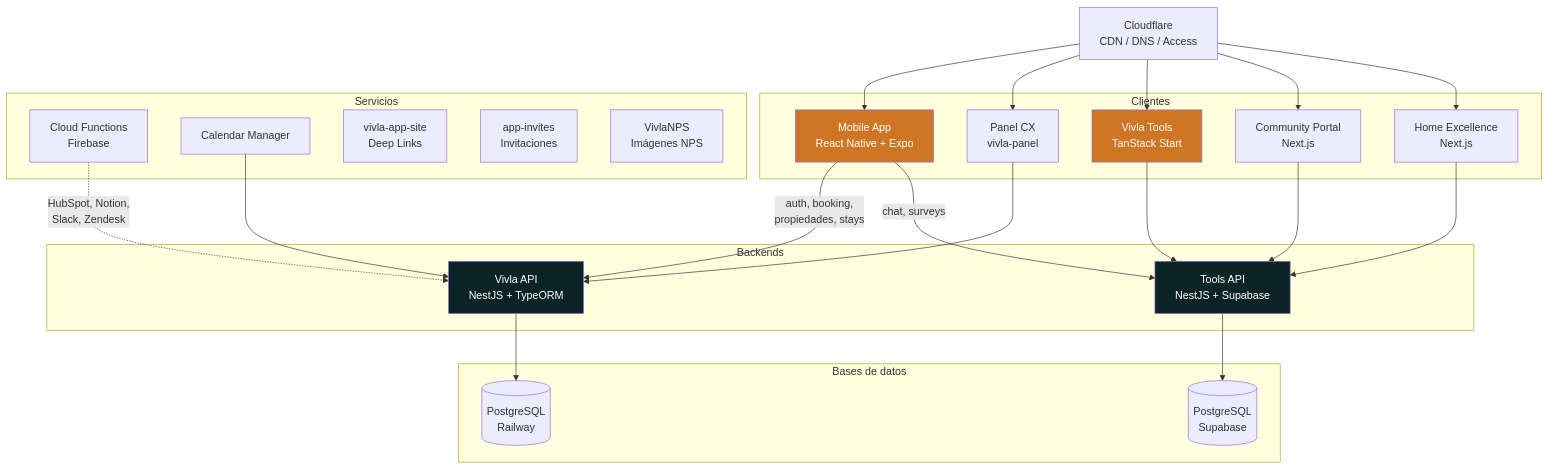
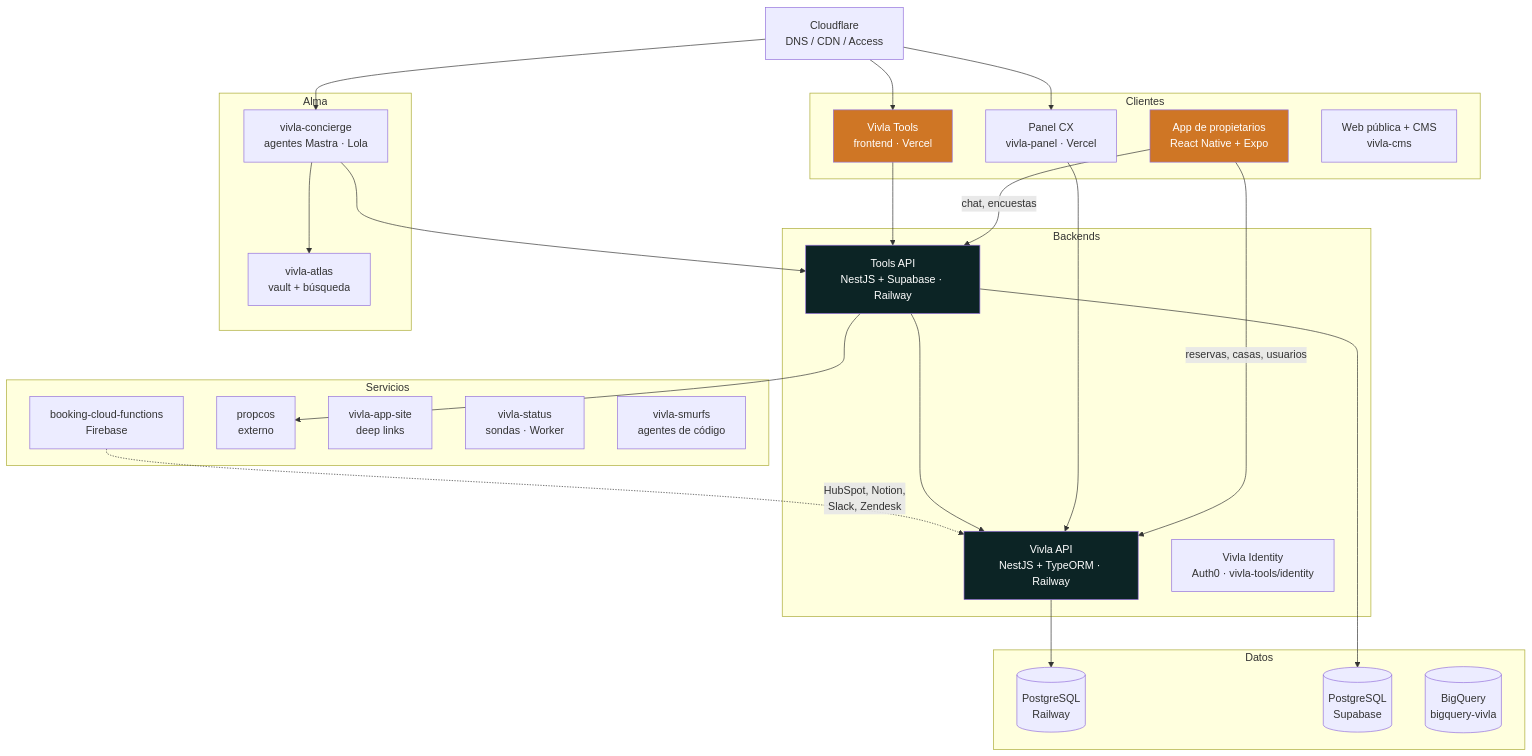
One commit to vivla-tech/docs changed the diagram in architecture.mdx. Above: the diagram before and after it, drawn with Mermaid. The commit also changed other lines of this file and 3 other files, not shown here.

First line of the commit message:
Overview: make architecture, repositories and environments true today; schedule the aggregate

````diff
--- a/architecture.mdx
+++ b/architecture.mdx
@@ -10,54 +10,58 @@
 ```mermaid
 graph TD
-    CF[Cloudflare<br/>CDN / DNS / Access]
+    CF[Cloudflare<br/>DNS / CDN / Access]
 
     subgraph Clientes
-        MOBILE[Mobile App<br/>React Native + Expo]
-        PANEL[Panel CX<br/>vivla-panel]
-        TOOLS_FE[Vivla Tools<br/>TanStack Start]
-        COMMUNITY[Community Portal<br/>Next.js]
-        HOME_EX[Home Excellence<br/>Next.js]
+        MOBILE[App de propietarios<br/>React Native + Expo]
+        PANEL[Panel CX<br/>vivla-panel · Vercel]
+        TOOLS_FE[Vivla Tools<br/>frontend · Vercel]
+        WEB[Web pública + CMS<br/>vivla-cms]
     end
 
     subgraph Backends
-        API[Vivla API<br/>NestJS + TypeORM]
-        TOOLS_BE[Tools API<br/>NestJS + Supabase]
+        API[Vivla API<br/>NestJS + TypeORM · Railway]
+        TOOLS_BE[Tools API<br/>NestJS + Supabase · Railway]
+        IDENTITY[Vivla Identity<br/>Auth0 · vivla-tools/identity]
     end
 
-    subgraph Bases de datos
-        DB_API[(PostgreSQL<br/>Railway)]
-        DB_TOOLS[(PostgreSQL<br/>Supabase)]
+    subgraph Alma
+        CONCIERGE[vivla-concierge<br/>agentes Mastra · Lola]
+        ATLAS[vivla-atlas<br/>vault + búsqueda]
     end
 
     subgraph Servicios
-        CLOUD_FN[Cloud Functions<br/>Firebase]
-        CALENDAR[Calendar Manager]
-        APP_SITE[vivla-app-site<br/>Deep Links]
-        INVITES[app-invites<br/>Invitaciones]
-        NPS[VivlaNPS<br/>Imágenes NPS]
+        CLOUD_FN[booking-cloud-functions<br/>Firebase]
+        PROPCOS[propcos<br/>externo]
+        APP_SITE[vivla-app-site<br/>deep links]
+        STATUS[vivla-status<br/>sondas · Worker]
+        SMURFS[vivla-smurfs<br/>agentes de código]
     end
 
-    CF --> MOBILE
+    subgraph Datos
+        DB_API[(PostgreSQL<br/>Railway)]
+        DB_TOOLS[(PostgreSQL<br/>Supabase)]
+        BQ[(BigQuery<br/>bigquery-vivla)]
+    end
+
     CF --> PANEL
     CF --> TOOLS_FE
-    CF --> COMMUNITY
-    CF --> HOME_EX
+    CF --> CONCIERGE
 
-    MOBILE -->|auth, booking,<br/>propiedades, stays| API
-    MOBILE -->|chat, surveys| TOOLS_BE
+    MOBILE -->|reservas, casas, usuarios| API
+    MOBILE -->|chat, encuestas| TOOLS_BE
     PANEL --> API
     TOOLS_FE --> TOOLS_BE
-    COMMUNITY --> TOOLS_BE
-    HOME_EX --> TOOLS_BE
-    CALENDAR --> API
+    TOOLS_BE --> API
+    TOOLS_BE --> PROPCOS
+    CONCIERGE --> TOOLS_BE
+    CONCIERGE --> ATLAS
 
     API --> DB_API
     TOOLS_BE --> DB_TOOLS
-
     CLOUD_FN -.->|HubSpot, Notion,<br/>Slack, Zendesk| API
 
     style API fill:#0c2425,color:#fff
     style TOOLS_BE fill:#0c2425,color:#fff
     style MOBILE fill:#cf7625,color:#fff
     style TOOLS_FE fill:#cf7625,color:#fff
 ```
````
